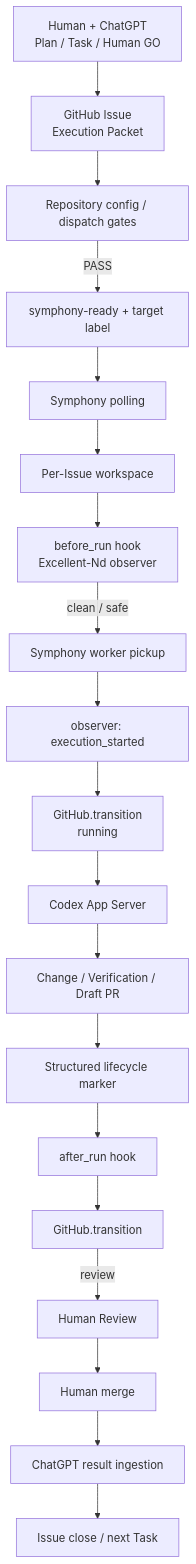
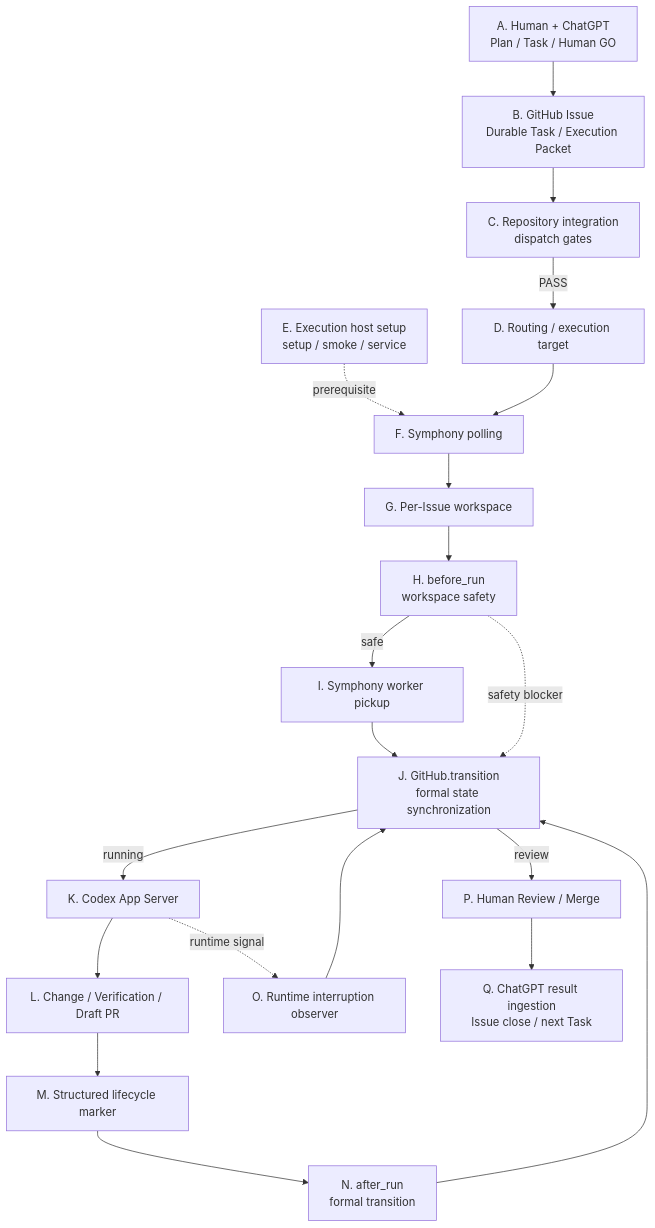
One commit to excellent-tech/Excellent-Nd changed the first of 3 diagrams in docs/runtime-architecture.md. Above: the diagram before and after it, drawn with Mermaid. The commit also changed other lines of this file, not shown here.

Commit message:
docs: link runtime flow nodes to details

````diff
--- a/docs/runtime-architecture.md
+++ b/docs/runtime-architecture.md
@@ -50,21 +52,40 @@
 ```mermaid
 flowchart TD
-    A[Human + ChatGPT<br/>Plan / Task / Human GO] --> B[GitHub Issue<br/>Execution Packet]
-    B --> C[Repository config / dispatch gates]
-    C -->|PASS| D[symphony-ready + target label]
-    D --> E[Symphony polling]
-    E --> F[Per-Issue workspace]
-    F --> G[before_run hook<br/>Excellent-Nd observer]
-    G -->|clean / safe| H[Symphony worker pickup]
-    H --> I[observer: execution_started]
-    I --> J[GitHub.transition<br/>running]
-    J --> K[Codex App Server]
-    K --> L[Change / Verification / Draft PR]
-    L --> M[Structured lifecycle marker]
-    M --> N[after_run hook]
-    N --> O[GitHub.transition]
-    O -->|review| P[Human Review]
-    P --> Q[Human merge]
-    Q --> R[ChatGPT result ingestion]
-    R --> S[Issue close / next Task]
+    A["A. Human + ChatGPT<br/>Plan / Task / Human GO"] --> B["B. GitHub Issue<br/>Durable Task / Execution Packet"]
+    B --> C["C. Repository integration<br/>dispatch gates"]
+    C -->|PASS| D["D. Routing / execution target"]
+    E["E. Execution host setup<br/>setup / smoke / service"] -. prerequisite .-> F["F. Symphony polling"]
+    D --> F
+    F --> G["G. Per-Issue workspace"]
+    G --> H["H. before_run<br/>workspace safety"]
+    H -->|safe| I["I. Symphony worker pickup"]
+    I --> J["J. GitHub.transition<br/>formal state synchronization"]
+    J -->|running| K["K. Codex App Server"]
+    K --> L["L. Change / Verification / Draft PR"]
+    L --> M["M. Structured lifecycle marker"]
+    M --> N["N. after_run<br/>formal transition"]
+    N --> J
+    K -. runtime signal .-> O["O. Runtime interruption observer"]
+    O --> J
+    H -. safety blocker .-> J
+    J -->|review| P["P. Human Review / Merge"]
+    P --> Q["Q. ChatGPT result ingestion<br/>Issue close / next Task"]
+
+    click A "./runtime-architecture.md#node-a" "Node A details"
+    click B "./runtime-architecture.md#node-b" "Node B details"
+    click C "./runtime-architecture.md#node-c" "Node C details"
+    click D "./runtime-architecture.md#node-d" "Node D details"
+    click E "./runtime-architecture.md#node-e" "Node E details"
+    click F "./runtime-architecture.md#node-f" "Node F details"
+    click G "./runtime-architecture.md#node-g" "Node G details"
+    click H "./runtime-architecture.md#node-h" "Node H details"
+    click I "./runtime-architecture.md#node-i" "Node I details"
+    click J "./runtime-architecture.md#node-j" "Node J details"
+    click K "./runtime-architecture.md#node-k" "Node K details"
+    click L "./runtime-architecture.md#node-l" "Node L details"
+    click M "./runtime-architecture.md#node-m" "Node M details"
+    click N "./runtime-architecture.md#node-n" "Node N details"
+    click O "./runtime-architecture.md#node-o" "Node O details"
+    click P "./runtime-architecture.md#node-p" "Node P details"
+    click Q "./runtime-architecture.md#node-q" "Node Q details"
 ```
````
